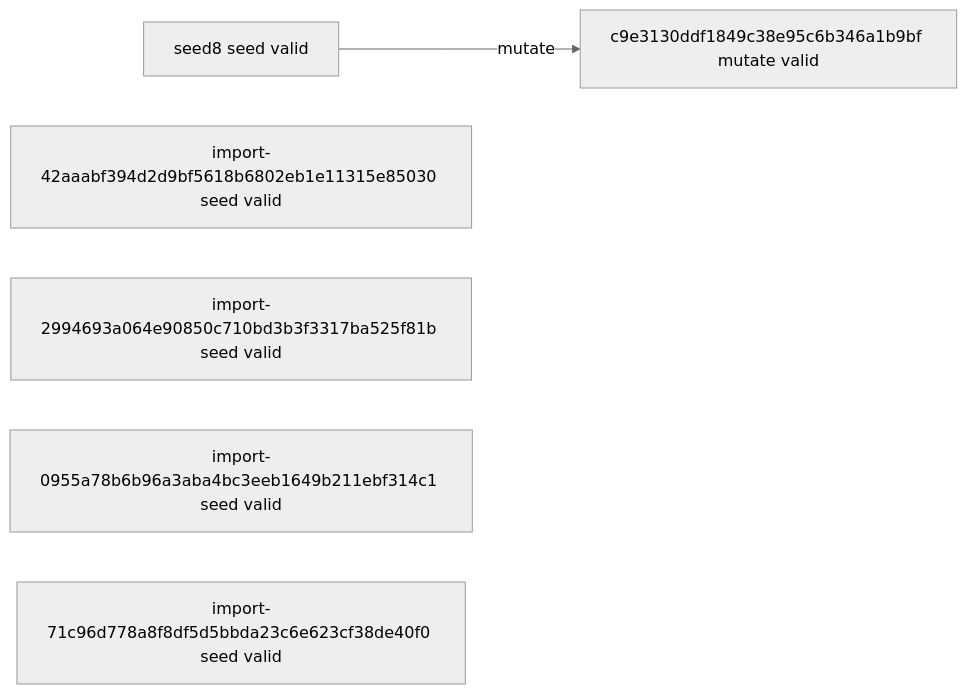
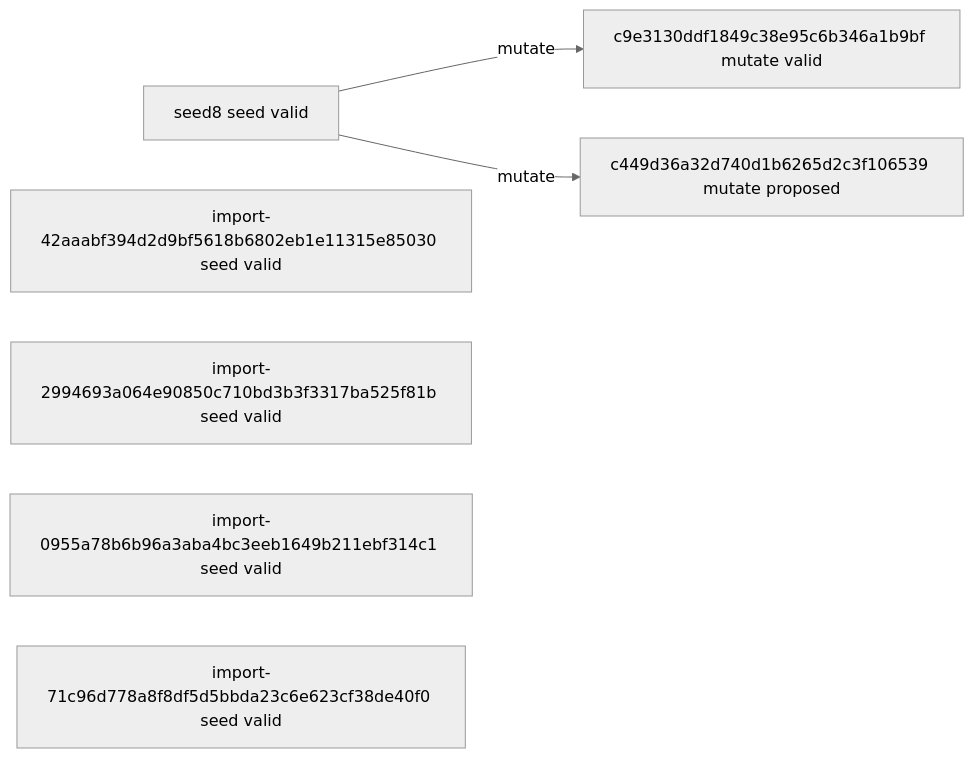
The diagram in experiments/campaigns/smac-pilot-v1/README.md (timbtz/feyer-search-lab), drawn with Mermaid (neutral theme) before and after one commit. The commit also changed other lines of this file and 7 other files, not shown here.

````diff
--- a/experiments/campaigns/smac-pilot-v1/README.md
+++ b/experiments/campaigns/smac-pilot-v1/README.md
@@ -21,10 +21,12 @@
 ```mermaid
 graph LR
   n0["seed8 seed valid"]
   n1["import-42aaabf394d2d9bf5618b6802eb1e11315e85030 seed valid"]
   n2["import-2994693a064e90850c710bd3b3f3317ba525f81b seed valid"]
   n3["import-0955a78b6b96a3aba4bc3eeb1649b211ebf314c1 seed valid"]
   n4["import-71c96d778a8f8df5d5bbda23c6e623cf38de40f0 seed valid"]
   n5["c9e3130ddf1849c38e95c6b346a1b9bf mutate valid"]
+  n6["c449d36a32d740d1b6265d2c3f106539 mutate proposed"]
   n0 -->|mutate| n5
+  n0 -->|mutate| n6
 ```
````
